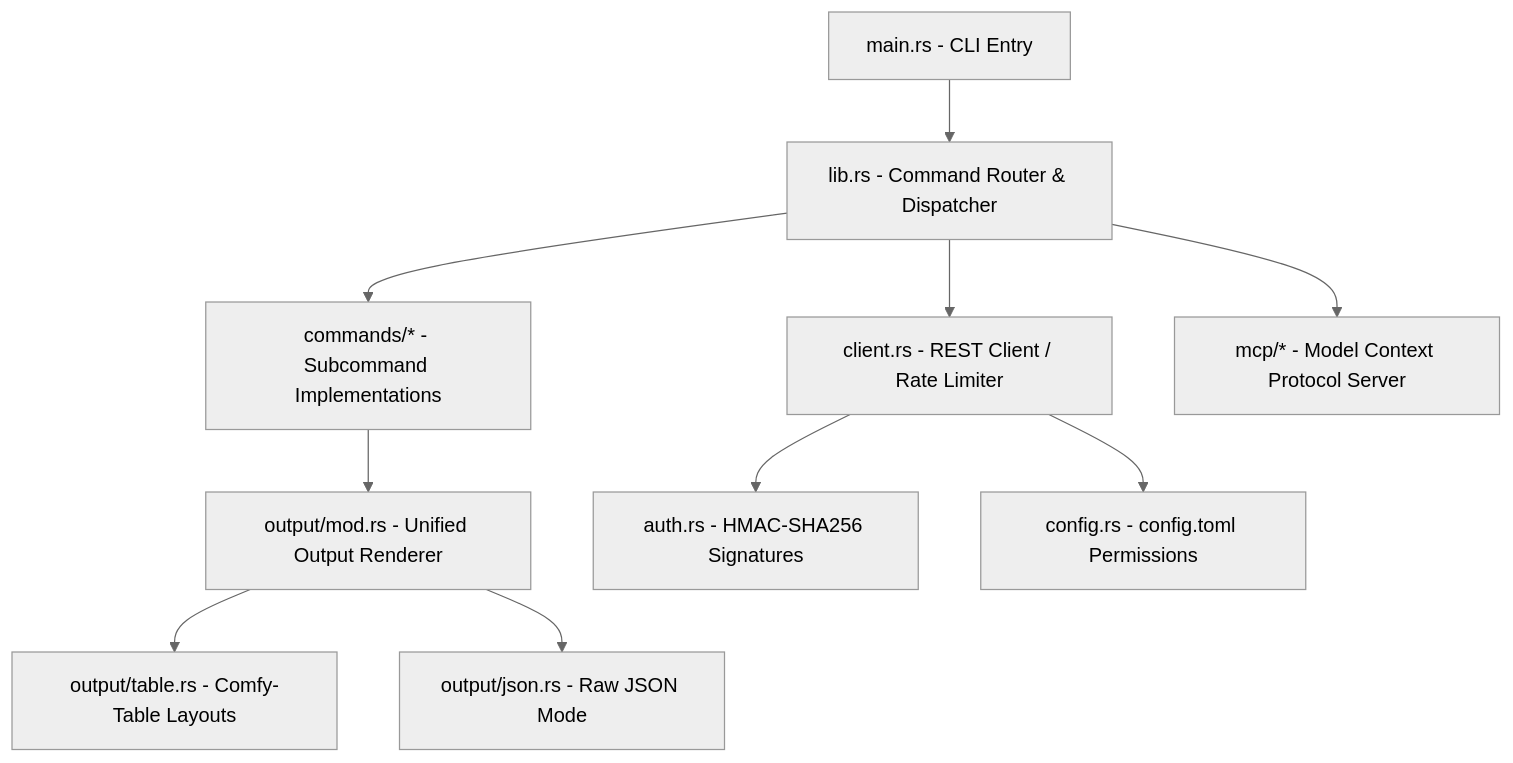
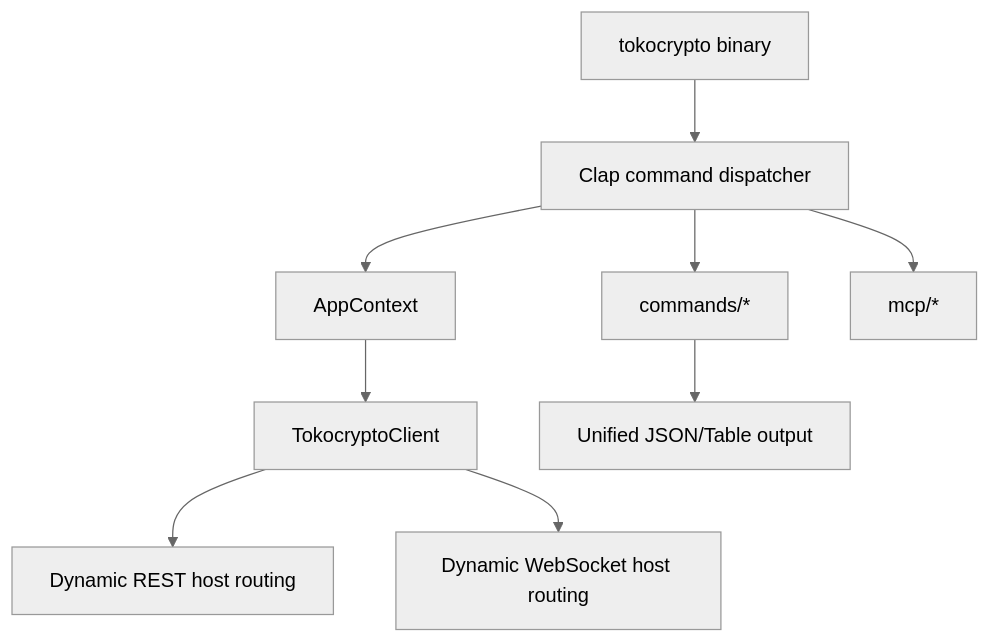
The diagram in README.md (ibidathoillah/tokocrypto-cli), drawn with Mermaid (neutral theme) before and after one commit. The commit also changed other lines of this file and 7 other files, not shown here.

````diff
--- a/README.md
+++ b/README.md
@@ -37,12 +223,11 @@
 ```mermaid
 graph TD
-    A[main.rs - CLI Entry] --> B[lib.rs - Command Router & Dispatcher]
-    B --> C[client.rs - REST Client / Rate Limiter]
-    B --> D[commands/* - Subcommand Implementations]
-    B --> E[mcp/* - Model Context Protocol Server]
-    D --> F[output/mod.rs - Unified Output Renderer]
-    F --> G[output/table.rs - Comfy-Table Layouts]
-    F --> H[output/json.rs - Raw JSON Mode]
-    C --> I[auth.rs - HMAC-SHA256 Signatures]
-    C --> J[config.rs - config.toml Permissions]
+    A[tokocrypto binary] --> B[Clap command dispatcher]
+    B --> C[AppContext]
+    C --> D[TokocryptoClient]
+    D --> E[Dynamic REST host routing]
+    D --> F[Dynamic WebSocket host routing]
+    B --> G[commands/*]
+    B --> H[mcp/*]
+    G --> I[Unified JSON/Table output]
 ```
````
